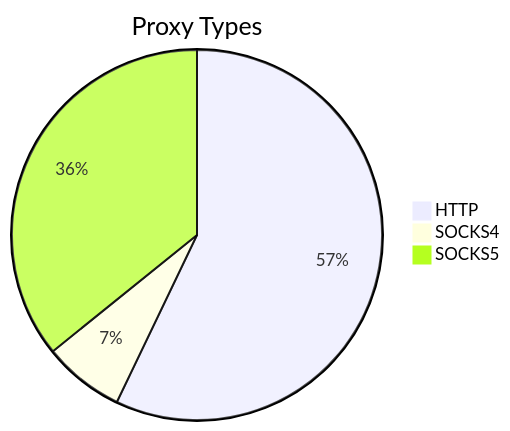
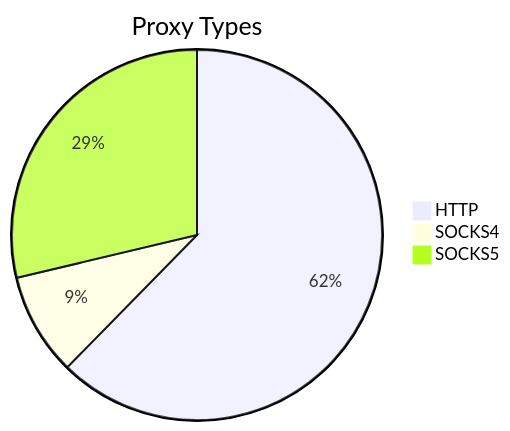
One commit to stormsia/proxy-list changed the first of 2 diagrams in README.md. Above: the diagram before and after it, drawn with Mermaid. The commit also changed other lines of this file, not shown here.

````diff
--- a/README.md
+++ b/README.md
@@ -21,6 +21,6 @@
 ```mermaid
 pie title Proxy Types
-    "HTTP" : 670
-    "SOCKS4" : 83
-    "SOCKS5" : 420
+    "HTTP" : 851
+    "SOCKS4" : 122
+    "SOCKS5" : 392
 ```
````
